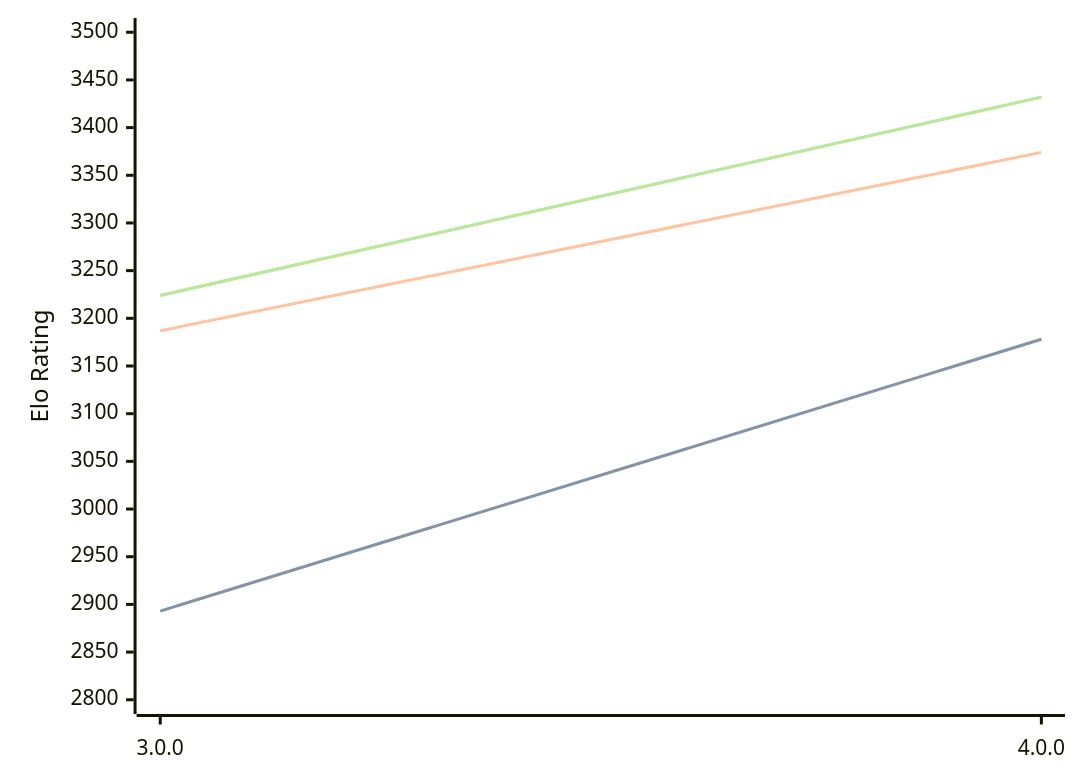
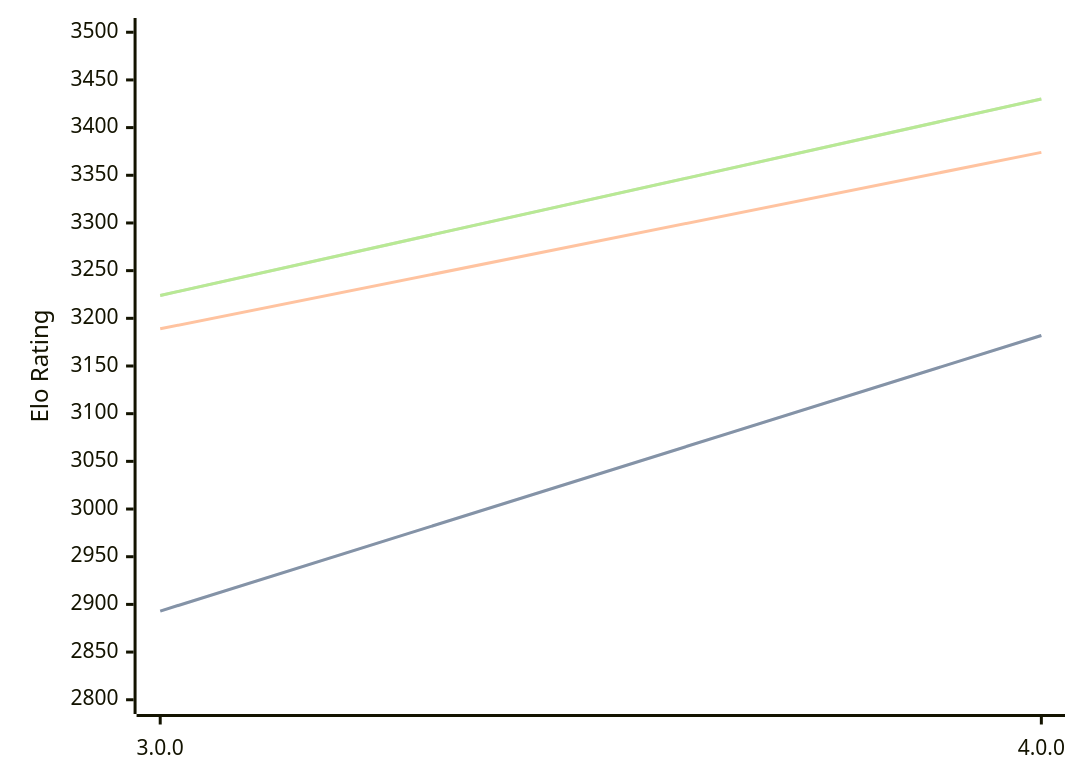
Before and after one commit to computer-chess-index/cci: the diagram in engines/Avalanche.md, drawn with Mermaid. The commit also changed other lines of this file, not shown here.

Commit message:
Update CCI Ratings (ELO VLTC) - 2026-08-23

````diff
--- a/engines/Avalanche.md
+++ b/engines/Avalanche.md
@@ -32,11 +32,11 @@
 ```mermaid
 %%{init: {"theme":"base","themeVariables":{"seriesColors:['#a3a3a3','#222221','#faa371']}}}%%
 xychart-beta
   x-axis ["3.0.0", "4.0.0"]
   y-axis "Elo Rating" 2800 --> 3500
-  line "STC (8.0+0.08s)" [2893, 3178]
-  line "STC (8.0+0.08s)" [2893, 3178]
-  line "LTC (60.0+0.60s)" [3187, 3374]
-  line "VLTC (2m24s+1.12s)" [3224, 3432]
-  line "VLTC (2m24s+1.12s)" [3224, 3432]
+  line "STC (8.0+0.08s)" [2893, 3182]
+  line "STC (8.0+0.08s)" [2893, 3182]
+  line "LTC (60.0+0.60s)" [3189, 3374]
+  line "VLTC (2m24s+1.12s)" [3224, 3430]
+  line "VLTC (2m24s+1.12s)" [3224, 3430]
 ```
````
